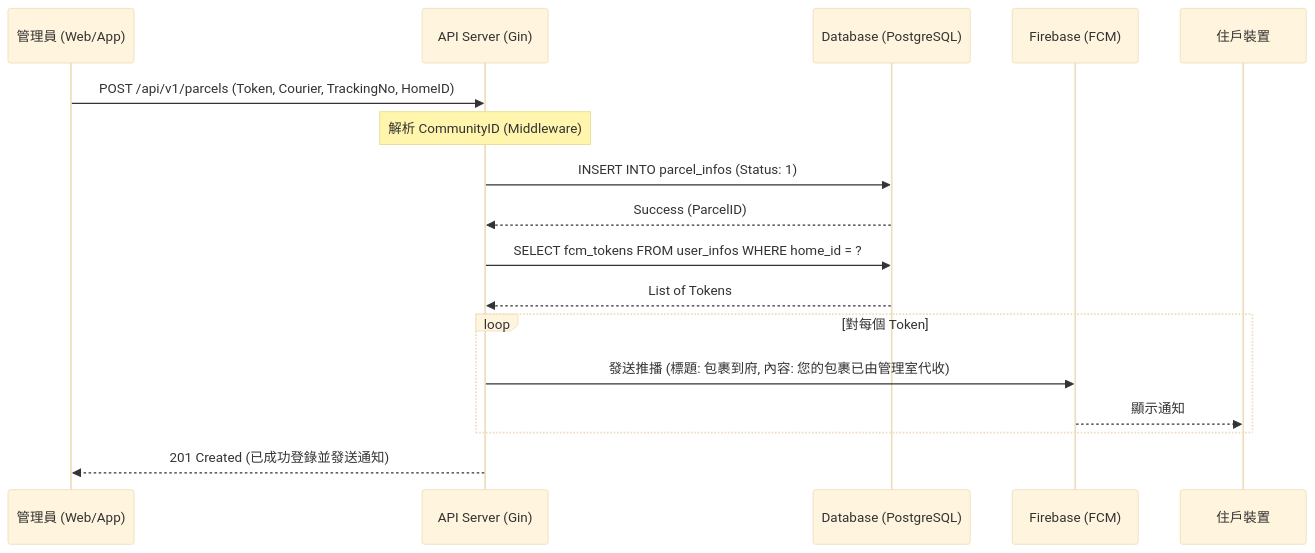
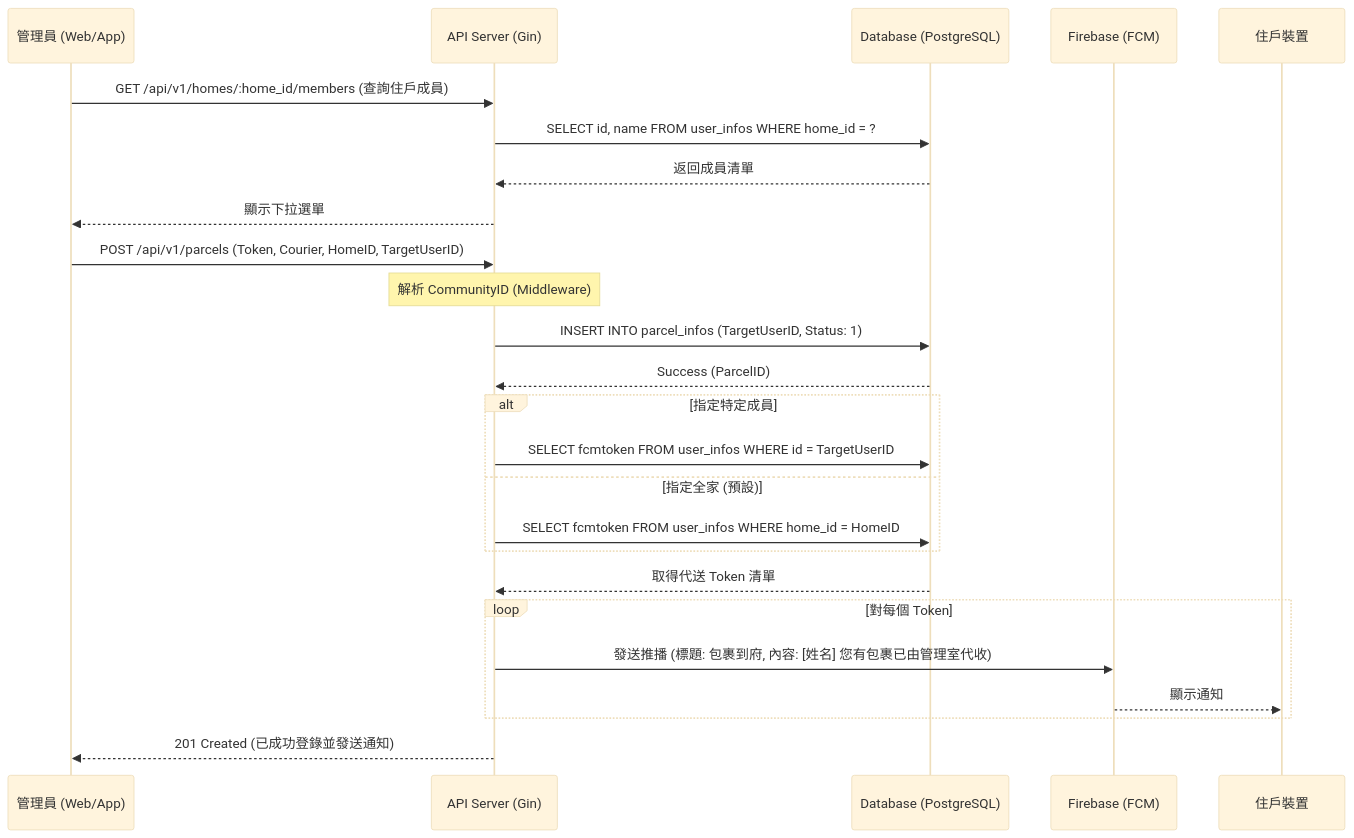
The second of 2 diagrams in docs/features/parcel_management/parcel_receive/README.md (kentlin0919/Community_Notification_System), drawn with Mermaid (base theme) before and after one commit. The commit also changed other lines of this file and 149 other files, not shown here.

````diff
--- a/docs/features/parcel_management/parcel_receive/README.md
+++ b/docs/features/parcel_management/parcel_receive/README.md
@@ -37,23 +41,32 @@
 ```mermaid
 sequenceDiagram
     participant Admin as 管理員 (Web/App)
     participant API as API Server (Gin)
     participant DB as Database (PostgreSQL)
     participant FCM as Firebase (FCM)
     participant User as 住戶裝置
 
-    Admin->>API: POST /api/v1/parcels (Token, Courier, TrackingNo, HomeID)
+    Admin->>API: GET /api/v1/homes/:home_id/members (查詢住戶成員)
+    API->>DB: SELECT id, name FROM user_infos WHERE home_id = ?
+    DB-->>API: 返回成員清單
+    API-->>Admin: 顯示下拉選單
+
+    Admin->>API: POST /api/v1/parcels (Token, Courier, HomeID, TargetUserID)
     Note over API: 解析 CommunityID (Middleware)
-    API->>DB: INSERT INTO parcel_infos (Status: 1)
+    API->>DB: INSERT INTO parcel_infos (TargetUserID, Status: 1)
     DB-->>API: Success (ParcelID)
     
-    API->>DB: SELECT fcm_tokens FROM user_infos WHERE home_id = ?
-    DB-->>API: List of Tokens
+    alt 指定特定成員
+        API->>DB: SELECT fcmtoken FROM user_infos WHERE id = TargetUserID
+    else 指定全家 (預設)
+        API->>DB: SELECT fcmtoken FROM user_infos WHERE home_id = HomeID
+    end
+    DB-->>API: 取得代送 Token 清單
     
     loop 對每個 Token
-        API->>FCM: 發送推播 (標題: 包裹到府, 內容: 您的包裹已由管理室代收)
+        API->>FCM: 發送推播 (標題: 包裹到府, 內容: [姓名] 您有包裹已由管理室代收)
         FCM-->>User: 顯示通知
     end
     
     API-->>Admin: 201 Created (已成功登錄並發送通知)
 ```
````
